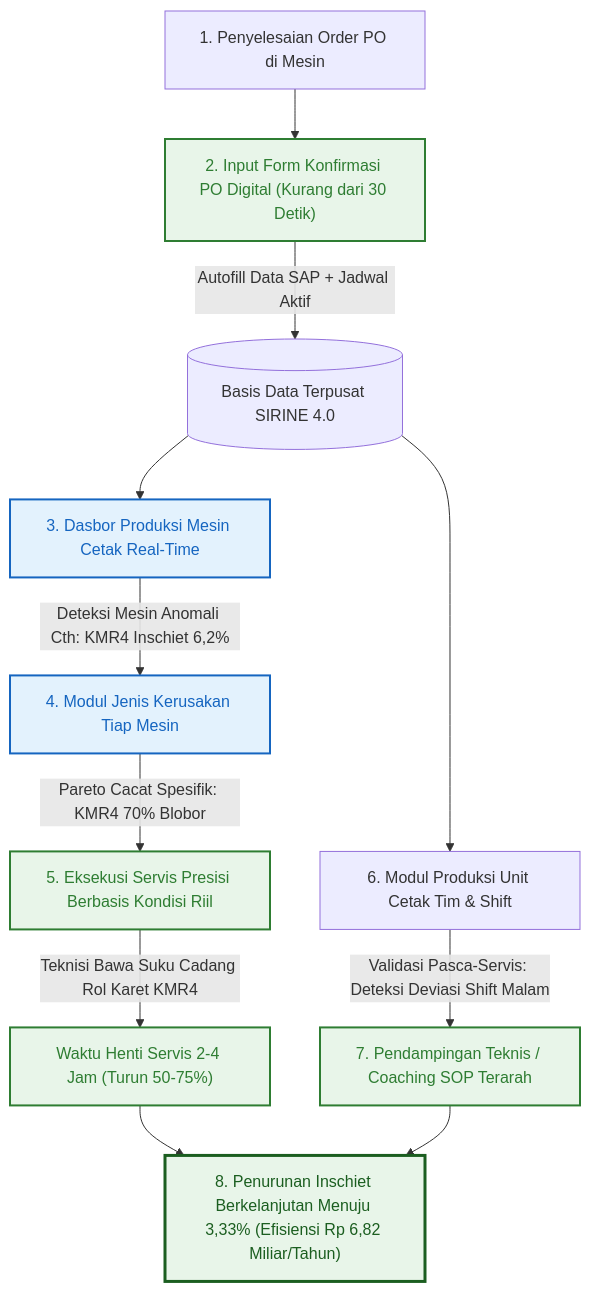
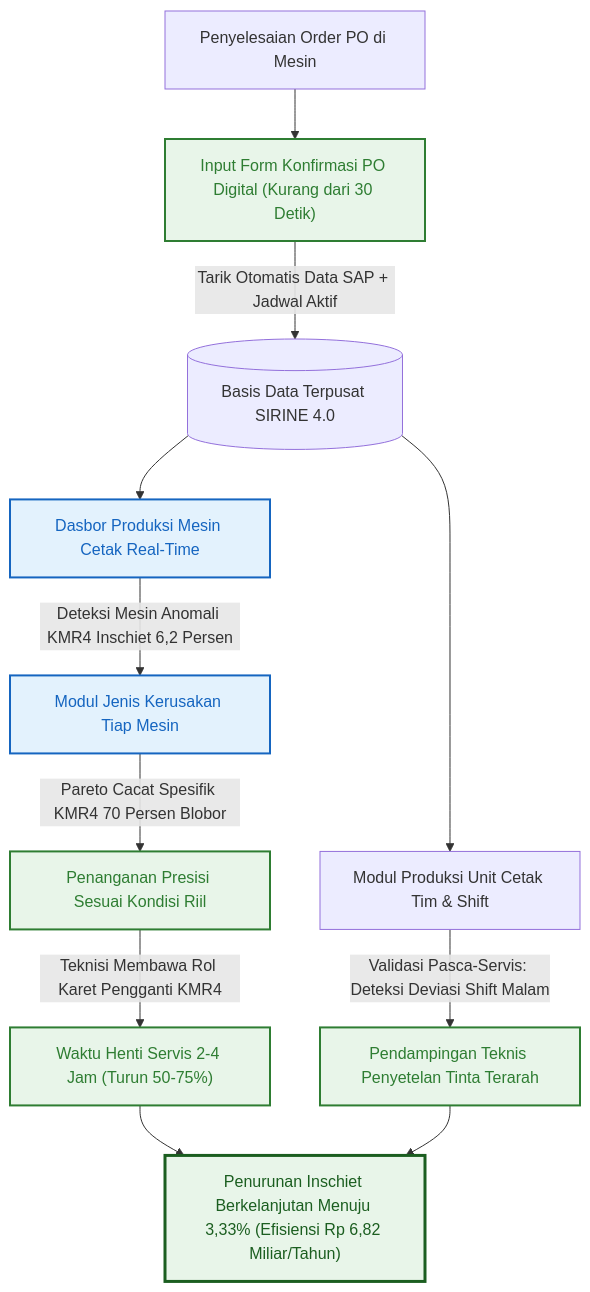
One commit to ZulfikarHD/iaka-2026 changed the third of 5 diagrams in makalah-iaka-2026/BAB4.md. Above: the diagram before and after it, drawn with Mermaid. The commit also changed other lines of this file and 8 other files, not shown here.

````diff
--- a/makalah-iaka-2026/BAB4.md
+++ b/makalah-iaka-2026/BAB4.md
@@ -135,21 +129,21 @@
 ```mermaid
 graph TD
-    A["1. Penyelesaian Order PO di Mesin"] --> B["2. Input Form Konfirmasi PO Digital (Kurang dari 30 Detik)"]
-    B -->|Autofill Data SAP + Jadwal Aktif| C[("Basis Data Terpusat SIRINE 4.0")]
-    C --> D["3. Dasbor Produksi Mesin Cetak Real-Time"]
-    D -->|Deteksi Mesin Anomali Cth: KMR4 Inschiet 6,2%| E["4. Modul Jenis Kerusakan Tiap Mesin"]
-    E -->|Pareto Cacat Spesifik: KMR4 70% Blobor| F["5. Eksekusi Servis Presisi Berbasis Kondisi Riil"]
-    F -->|Teknisi Bawa Suku Cadang Rol Karet KMR4| G["Waktu Henti Servis 2-4 Jam (Turun 50-75%)"]
-    C --> H["6. Modul Produksi Unit Cetak Tim & Shift"]
-    H -->|Validasi Pasca-Servis: Deteksi Deviasi Shift Malam| I["7. Pendampingan Teknis / Coaching SOP Terarah"]
-    G --> J["8. Penurunan Inschiet Berkelanjutan Menuju 3,33% (Efisiensi Rp 6,82 Miliar/Tahun)"]
+    A["Penyelesaian Order PO di Mesin"] --> B["Input Form Konfirmasi PO Digital (Kurang dari 30 Detik)"]
+    B -->|Tarik Otomatis Data SAP + Jadwal Aktif| C[("Basis Data Terpusat SIRINE 4.0")]
+    C --> D["Dasbor Produksi Mesin Cetak Real-Time"]
+    D -->|Deteksi Mesin Anomali KMR4 Inschiet 6,2 Persen| E["Modul Jenis Kerusakan Tiap Mesin"]
+    E -->|Pareto Cacat Spesifik KMR4 70 Persen Blobor| F["Penanganan Presisi Sesuai Kondisi Riil"]
+    F -->|Teknisi Membawa Rol Karet Pengganti KMR4| G["Waktu Henti Servis 2-4 Jam (Turun 50-75%)"]
+    C --> H["Modul Produksi Unit Cetak Tim & Shift"]
+    H -->|Validasi Pasca-Servis: Deteksi Deviasi Shift Malam| I["Pendampingan Teknis Penyetelan Tinta Terarah"]
+    G --> J["Penurunan Inschiet Berkelanjutan Menuju 3,33% (Efisiensi Rp 6,82 Miliar/Tahun)"]
     I --> J
 
     style B fill:#e8f5e9,stroke:#2e7d32,stroke-width:2px,color:#2e7d32
     style D fill:#e3f2fd,stroke:#1565c0,stroke-width:2px,color:#1565c0
     style E fill:#e3f2fd,stroke:#1565c0,stroke-width:2px,color:#1565c0
     style F fill:#e8f5e9,stroke:#2e7d32,stroke-width:2px,color:#2e7d32
     style G fill:#e8f5e9,stroke:#2e7d32,stroke-width:2px,color:#2e7d32
     style I fill:#e8f5e9,stroke:#2e7d32,stroke-width:2px,color:#2e7d32
     style J fill:#e8f5e9,stroke:#1b5e20,stroke-width:3px,color:#1b5e20
 ```
````
